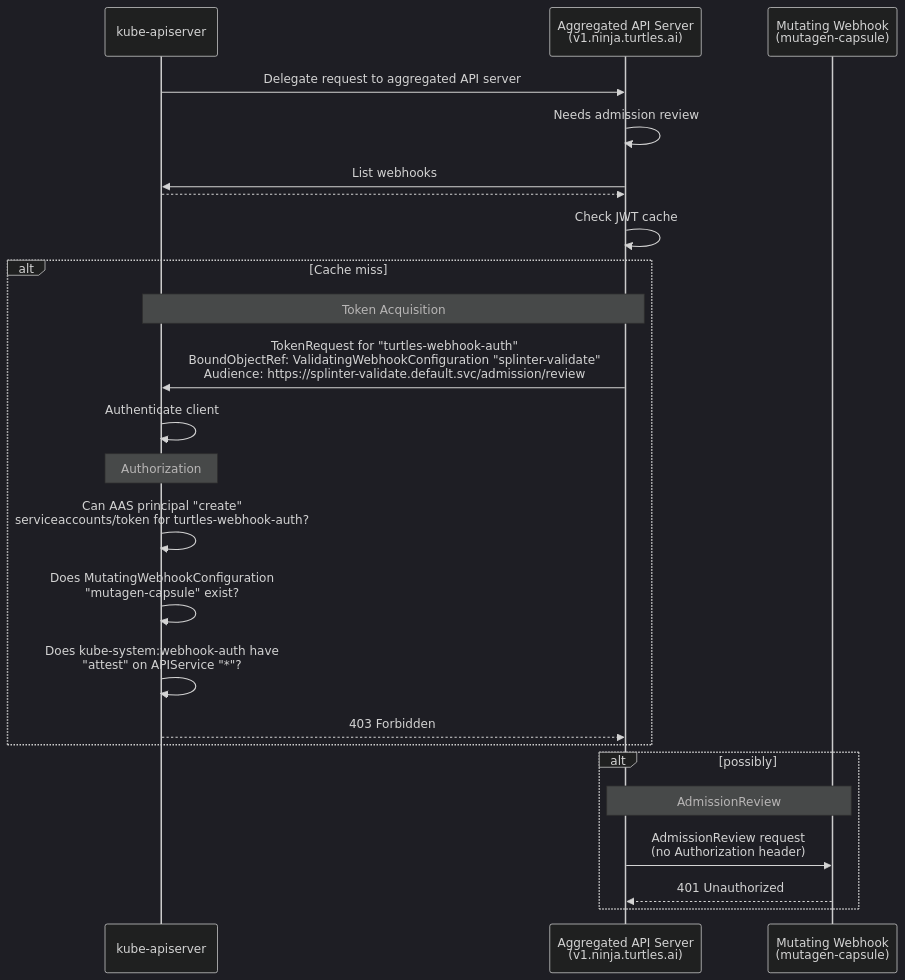
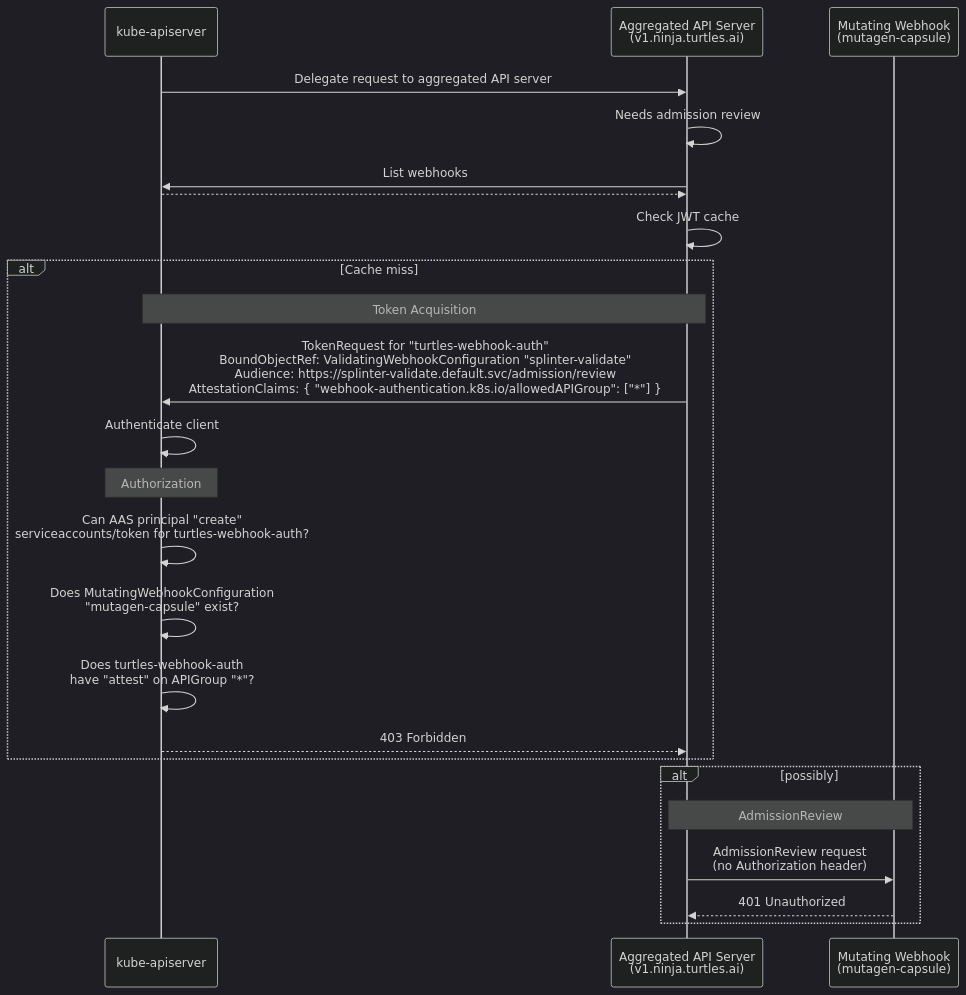
The second of 3 diagrams in keps/sig-auth/6060-api-server-authentication-to-webhooks/README.md (kubernetes/enhancements), drawn with Mermaid (dark theme) before and after one commit. The commit also changed other lines of this file and 1 other file, not shown here.

````diff
--- a/keps/sig-auth/6060-api-server-authentication-to-webhooks/README.md
+++ b/keps/sig-auth/6060-api-server-authentication-to-webhooks/README.md
@@ -331,31 +411,31 @@
 ```mermaid
 sequenceDiagram
     participant KAS as kube-apiserver
     participant AAS as Aggregated API Server<br/>(v1.ninja.turtles.ai)
     participant Webhook as Mutating Webhook<br/>(mutagen-capsule)
 
     KAS->>AAS: Delegate request to aggregated API server
     AAS->>AAS: Needs admission review
     AAS->>KAS: List webhooks
     KAS-->>AAS: #%20;
 
     AAS->>AAS: Check JWT cache
     alt Cache miss
         Note over KAS,AAS: Token Acquisition
-        AAS->>KAS: TokenRequest for "turtles-webhook-auth"<br/>BoundObjectRef: ValidatingWebhookConfiguration "splinter-validate"<br/>Audience: https://splinter-validate.default.svc/admission/review
+        AAS->>KAS: TokenRequest for "turtles-webhook-auth"<br/>BoundObjectRef: ValidatingWebhookConfiguration "splinter-validate"<br/>Audience: https://splinter-validate.default.svc/admission/review<br/>AttestationClaims: { "webhook-authentication.k8s.io/allowedAPIGroup": ["*"] }
 
         KAS->>KAS: Authenticate client
         Note over KAS: Authorization
         KAS->>KAS: Can AAS principal "create"<br/>serviceaccounts/token for turtles-webhook-auth?
         KAS->>KAS: Does MutatingWebhookConfiguration<br/>"mutagen-capsule" exist?
-        KAS->>KAS: Does kube-system:webhook-auth have<br/>"attest" on APIService "*"?
+        KAS->>KAS: Does turtles-webhook-auth<br/>have "attest" on APIGroup "*"?
 
         KAS-->>AAS: 403 Forbidden
     end
 
     alt possibly
         Note over AAS,Webhook: AdmissionReview
         AAS->>Webhook: AdmissionReview request<br/>(no Authorization header)
         Webhook-->>AAS: 401 Unauthorized
     end
 ```
````
